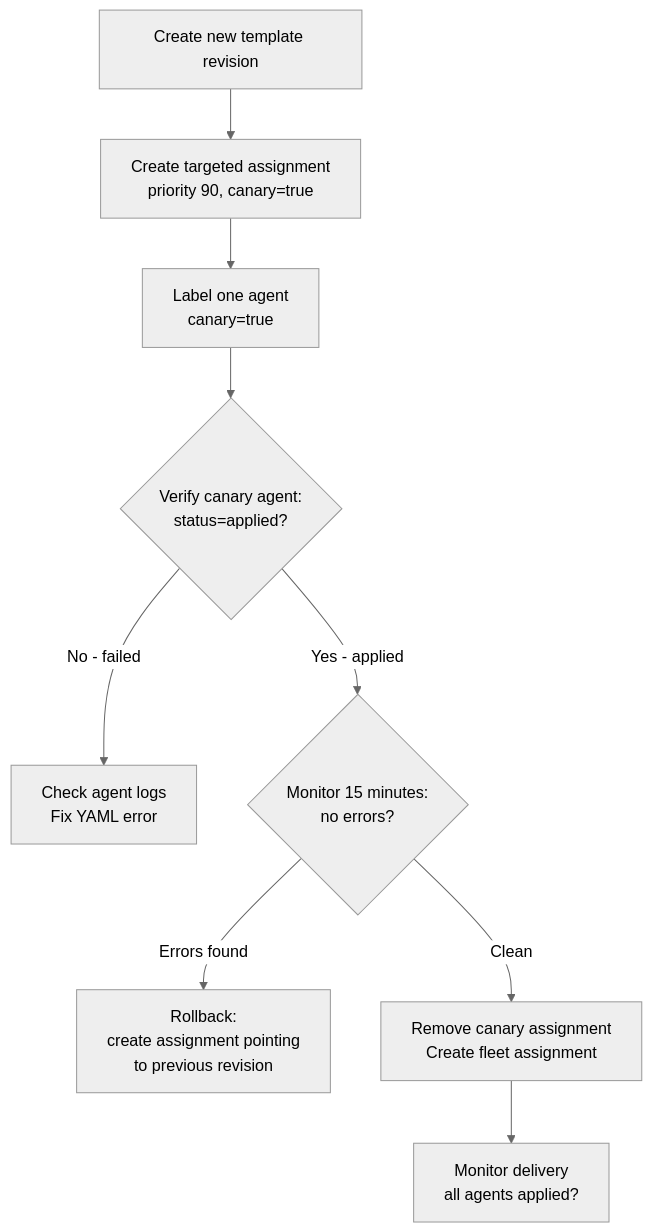
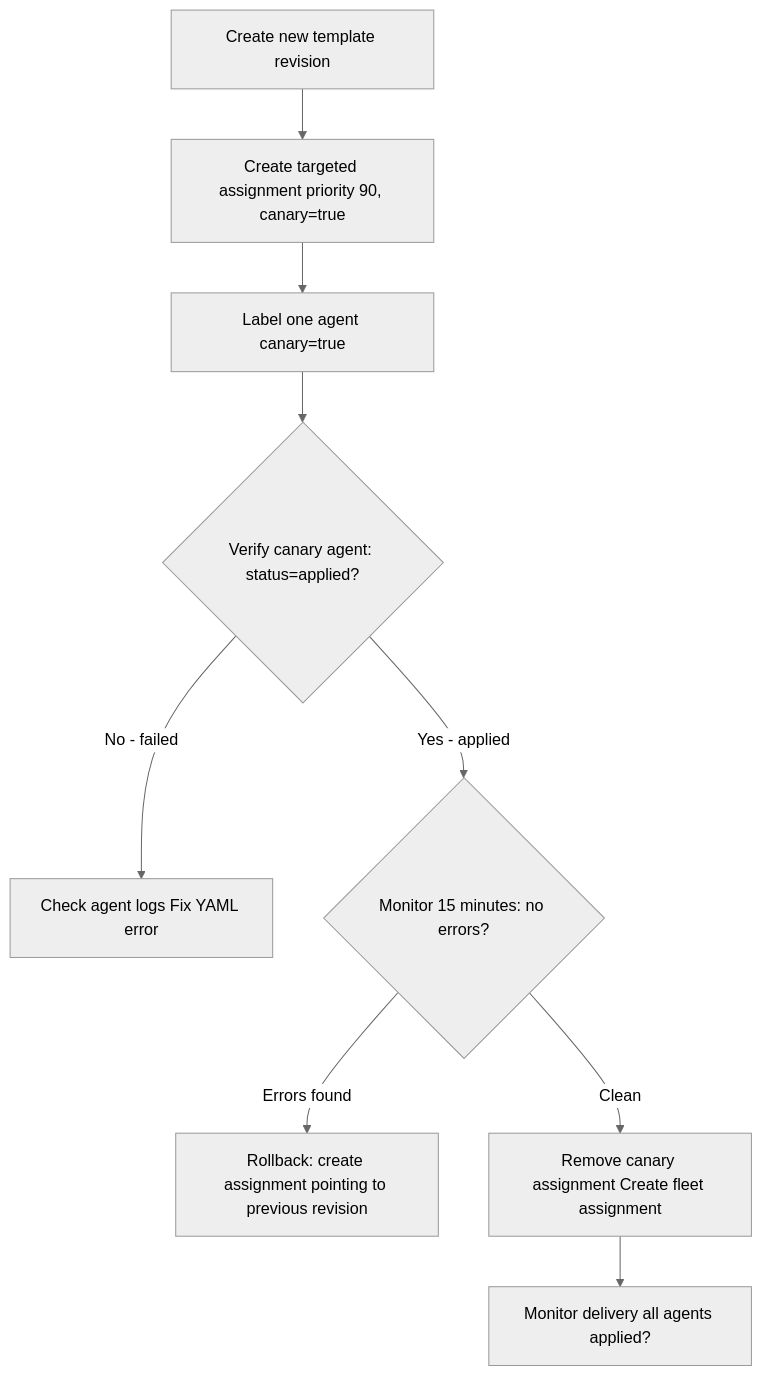
One commit to xscaler/training changed the third of 3 diagrams in docs/session-4/configuration-management.md. Above: the diagram before and after it, drawn with Mermaid (neutral theme). The commit also changed other lines of this file and 38 other files, not shown here.

First line of the commit message:
Remove internal content, fix Mermaid diagrams, and rewrite labs as customer-facing exercises

````diff
--- a/docs/session-4/configuration-management.md
+++ b/docs/session-4/configuration-management.md
@@ -182,11 +182,11 @@
 ```mermaid
 flowchart TD
-    A[Create new template revision] --> B[Create targeted assignment\npriority 90, canary=true]
-    B --> C[Label one agent\ncanary=true]
-    C --> D{Verify canary agent:\nstatus=applied?}
-    D -->|No - failed| E[Check agent logs\nFix YAML error]
-    D -->|Yes - applied| F{Monitor 15 minutes:\nno errors?}
-    F -->|Errors found| G[Rollback:\ncreate assignment pointing\nto previous revision]
-    F -->|Clean| H[Remove canary assignment\nCreate fleet assignment]
-    H --> I[Monitor delivery\nall agents applied?]
+    A[Create new template revision] --> B[Create targeted assignment priority 90, canary=true]
+    B --> C[Label one agent canary=true]
+    C --> D{Verify canary agent: status=applied?}
+    D -->|No - failed| E[Check agent logs Fix YAML error]
+    D -->|Yes - applied| F{Monitor 15 minutes: no errors?}
+    F -->|Errors found| G[Rollback: create assignment pointing to previous revision]
+    F -->|Clean| H[Remove canary assignment Create fleet assignment]
+    H --> I[Monitor delivery all agents applied?]
 ```
````
